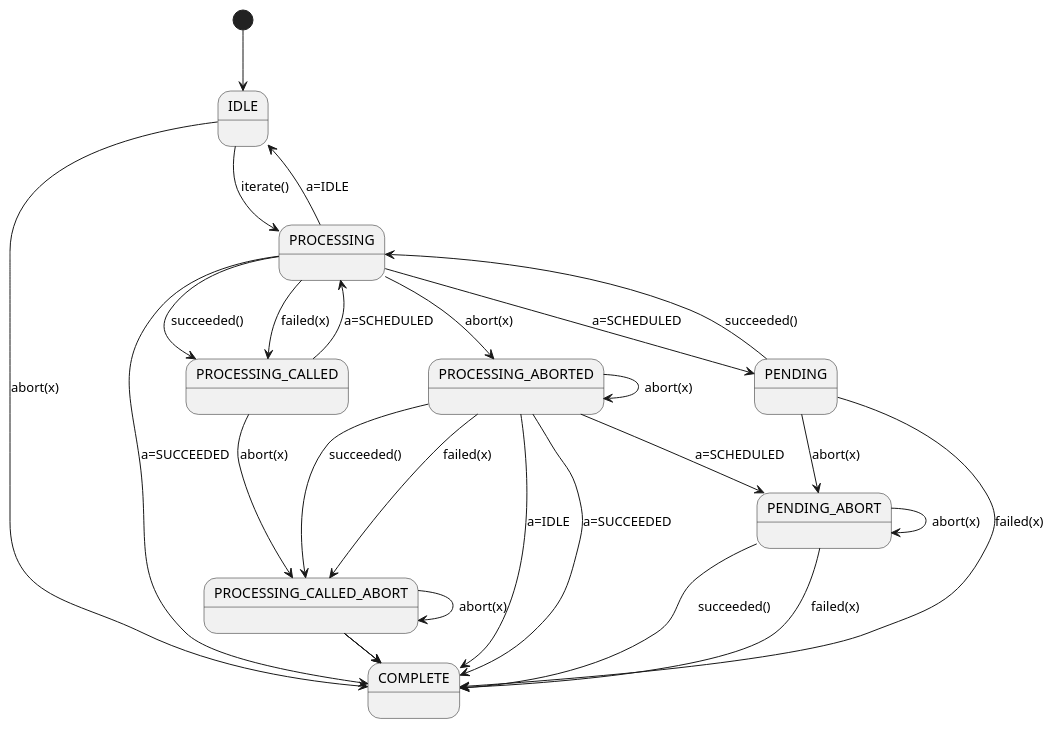
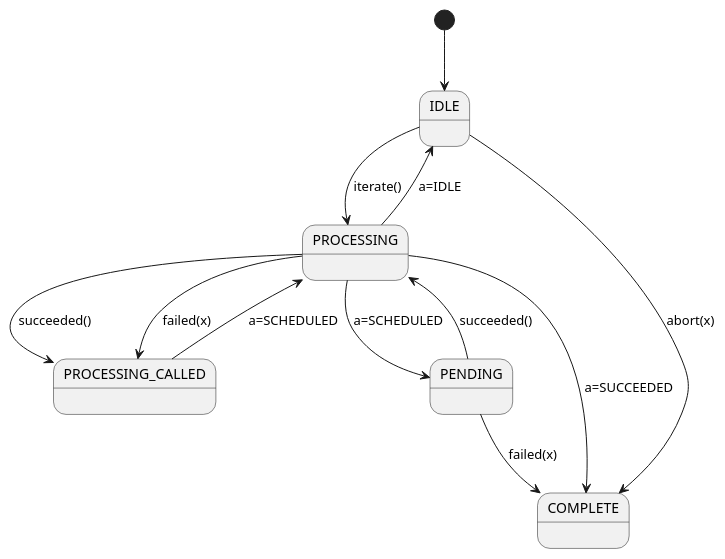
The diagram in jetty-core/jetty-util/src/main/java/org/eclipse/jetty/util/IteratingCallback_State.puml (jetty/jetty.project), drawn with PlantUML before and after one commit. The commit also changed 2 other files, not shown here.

```diff
--- a/jetty-core/jetty-util/src/main/java/org/eclipse/jetty/util/IteratingCallback_State.puml
+++ b/jetty-core/jetty-util/src/main/java/org/eclipse/jetty/util/IteratingCallback_State.puml
@@ -1,54 +1,32 @@
 @startuml
 
 IDLE:
 PROCESSING:
 PROCESSING_CALLED:
-PROCESSING_ABORTED:
-PROCESSING_CALLED_ABORT:
 PENDING:
-PENDING_ABORT:
 COMPLETE:
 
 [*] --> IDLE
 
 /' iterate() '/
 IDLE --> PROCESSING: iterate()
 
 /' processing() '/
 PROCESSING --> IDLE: a=IDLE
 PROCESSING --> PENDING: a=SCHEDULED
 PROCESSING --> COMPLETE: a=SUCCEEDED
 
 PROCESSING_CALLED --> PROCESSING: a=SCHEDULED
 
-PROCESSING_ABORTED --> COMPLETE: a=IDLE
-PROCESSING_ABORTED --> COMPLETE: a=SUCCEEDED
-PROCESSING_ABORTED --> PENDING_ABORT: a=SCHEDULED
-
-PROCESSING_CALLED_ABORT -> COMPLETE: a=IDLE
-PROCESSING_CALLED_ABORT -> COMPLETE: a=SCHEDULED
-PROCESSING_CALLED_ABORT -> COMPLETE: a=SUCCEEDED
-
 /' succeeded() '/
 PROCESSING --> PROCESSING_CALLED: succeeded()
-PROCESSING_ABORTED --> PROCESSING_CALLED_ABORT: succeeded()
 PENDING --> PROCESSING: succeeded()
-PENDING_ABORT --> COMPLETE: succeeded()
 
 /' failed(x) '/
 PROCESSING --> PROCESSING_CALLED: failed(x)
-PROCESSING_ABORTED --> PROCESSING_CALLED_ABORT: failed(x)
 PENDING --> COMPLETE: failed(x)
-PENDING_ABORT --> COMPLETE: failed(x)
 
 /' abort(x) '/
 IDLE --> COMPLETE: abort(x)
-PROCESSING --> PROCESSING_ABORTED: abort(x)
-PROCESSING_CALLED --> PROCESSING_CALLED_ABORT: abort(x)
-PROCESSING_ABORTED --> PROCESSING_ABORTED: abort(x)
-PROCESSING_CALLED_ABORT -> PROCESSING_CALLED_ABORT: abort(x)
-PENDING --> PENDING_ABORT: abort(x)
-PENDING_ABORT --> PENDING_ABORT: abort(x)
-
 
 @enduml
```
